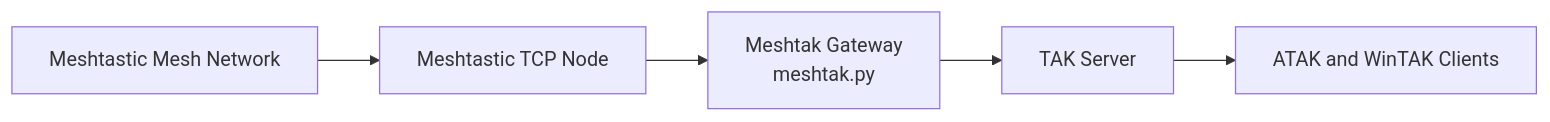
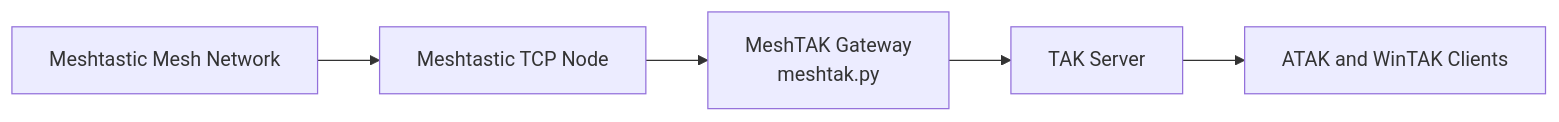
One commit to maui671/meshtak changed the diagram in README.md. Above: the diagram before and after it, drawn with Mermaid. The commit also changed other lines of this file, not shown here.

````diff
--- a/README.md
+++ b/README.md
@@ -26,13 +26,13 @@
 ```mermaid
 flowchart LR
     Mesh[Meshtastic Mesh Network]
     Node[Meshtastic TCP Node]
-    Gateway[Meshtak Gateway<br/>meshtak.py]
+    Gateway[MeshTAK Gateway<br/>meshtak.py]
     TAK[TAK Server]
     Clients[ATAK and WinTAK Clients]
 
     Mesh --> Node
     Node --> Gateway
     Gateway --> TAK
     TAK --> Clients
 ```
````
